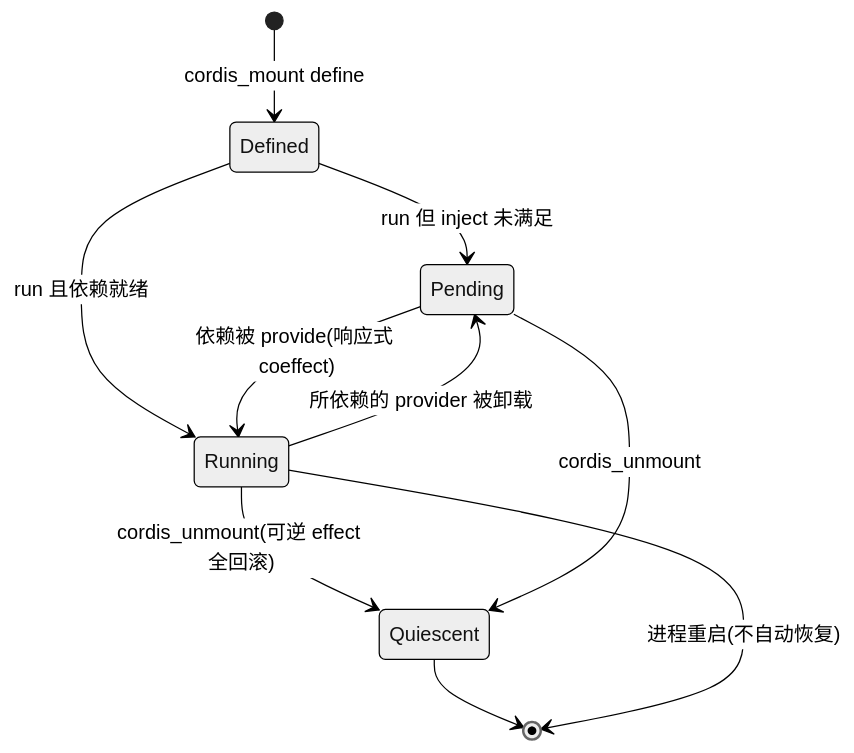
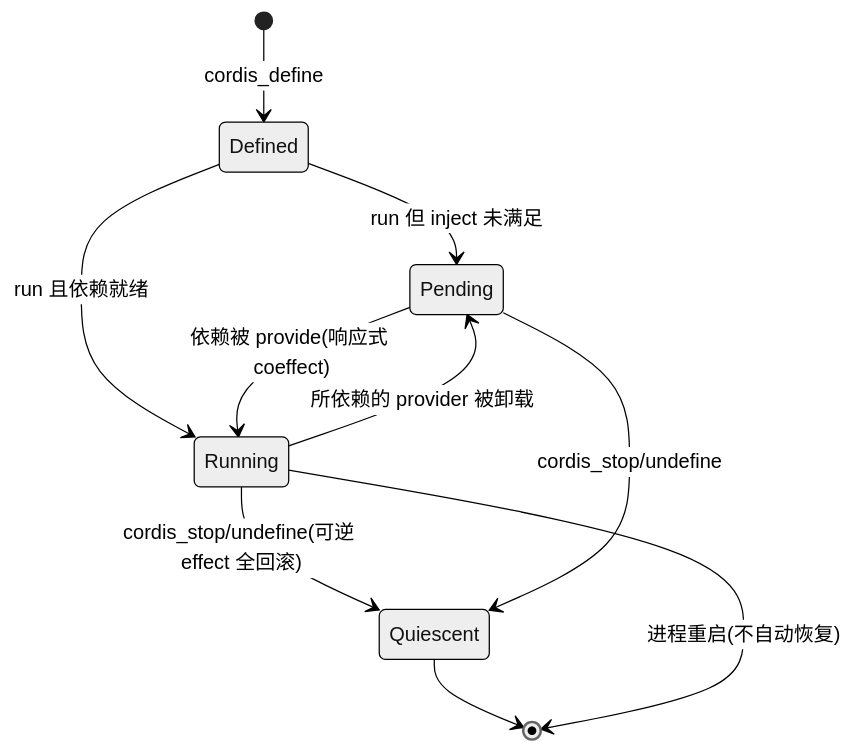
Before and after one commit to xiaonancs/deepseek-harness-deep-dive: the fourth of 4 diagrams in Part II Source Analysis/18-互操作与自我修改.md, drawn with Mermaid. The commit also changed other lines of this file and 34 other files, not shown here.

````diff
--- a/Part II Source Analysis/18-互操作与自我修改.md
+++ b/Part II Source Analysis/18-互操作与自我修改.md
@@ -152,13 +152,13 @@
 ```mermaid
 %%{init: {'theme':'neutral'}}%%
 stateDiagram-v2
-  [*] --> Defined: cordis_mount define
+  [*] --> Defined: cordis_define
   Defined --> Pending: run 但 inject 未满足
   Defined --> Running: run 且依赖就绪
   Pending --> Running: 依赖被 provide(响应式 coeffect)
   Running --> Pending: 所依赖的 provider 被卸载
-  Running --> Quiescent: cordis_unmount(可逆 effect 全回滚)
-  Pending --> Quiescent: cordis_unmount
+  Running --> Quiescent: cordis_stop/undefine(可逆 effect 全回滚)
+  Pending --> Quiescent: cordis_stop/undefine
   Quiescent --> [*]
   Running --> [*]: 进程重启(不自动恢复)
 ```
````
